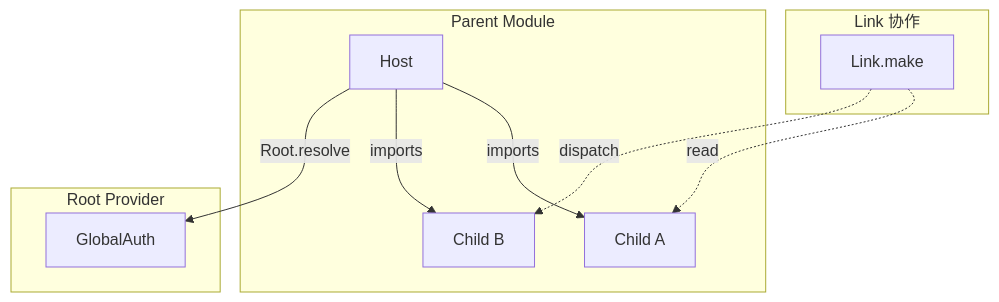
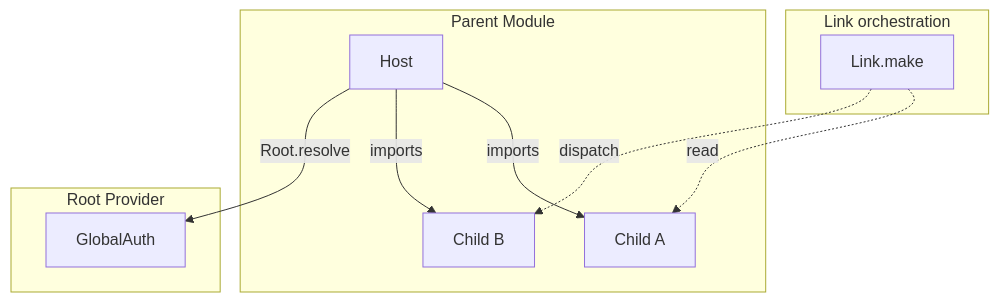
Before and after one commit to yoyooyooo/logix: the diagram in apps/docs/content/docs/guide/learn/cross-module-communication.md, drawn with Mermaid. The commit also changed other lines of this file and 276 other files, not shown here.

````diff
--- a/apps/docs/content/docs/guide/learn/cross-module-communication.md
+++ b/apps/docs/content/docs/guide/learn/cross-module-communication.md
@@ -199,19 +199,19 @@
 ```mermaid
 graph TB
     subgraph "Parent Module"
         H[Host]
         H -->|"imports"| C1[Child A]
         H -->|"imports"| C2[Child B]
     end
 
-    subgraph "Link 协作"
+    subgraph "Link orchestration"
         L["Link.make"] -.->|"read"| C1
         L -.->|"dispatch"| C2
     end
 
     subgraph "Root Provider"
         G[GlobalAuth]
     end
 
     H -->|"Root.resolve"| G
 ```
````
